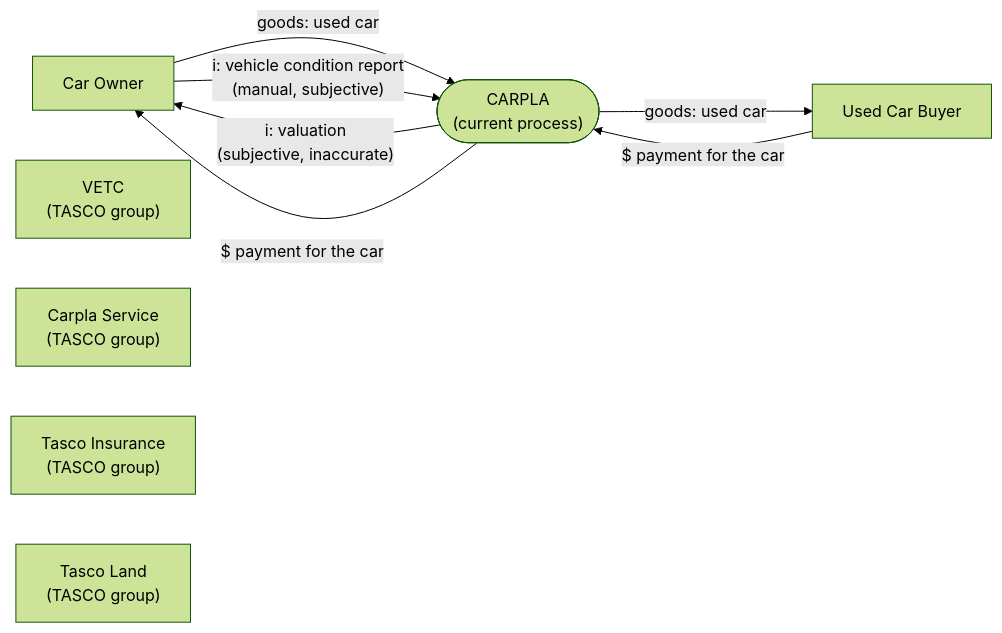
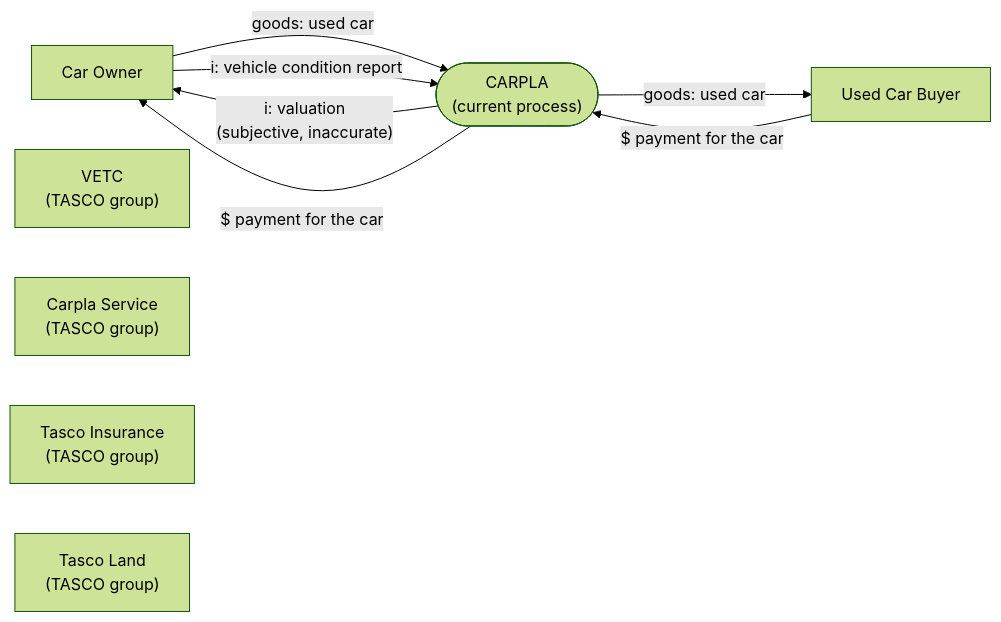
One commit to giangnhk63db/DBIZ-2_GROUP-A changed the first of 2 diagrams in Context/CVCA.md. Above: the diagram before and after it, drawn with Mermaid (forest theme). The commit also changed other lines of this file, not shown here.

````diff
--- a/Context/CVCA.md
+++ b/Context/CVCA.md
@@ -17,17 +17,17 @@
 ```mermaid
 flowchart LR
   CO["Car Owner"]
   BUYER["Used Car Buyer"]
   CARPLA(["CARPLA<br>(current process)"])
   VETC["VETC<br>(TASCO group)"]
   CS["Carpla Service<br>(TASCO group)"]
   INS["Tasco Insurance<br>(TASCO group)"]
   LAND["Tasco Land<br>(TASCO group)"]
 
   CO -->|"goods: used car"| CARPLA
-  CO -->|"i: vehicle condition report<br>(manual, subjective)"| CARPLA
+  CO -->|"i: vehicle condition report<br>"| CARPLA
   CARPLA -->|"i: valuation<br>(subjective, inaccurate)"| CO
   CARPLA -->|"goods: used car"| BUYER
   BUYER -->|"$ payment for the car"| CARPLA
   CARPLA -->|"$ payment for the car"| CO
 ```
````
